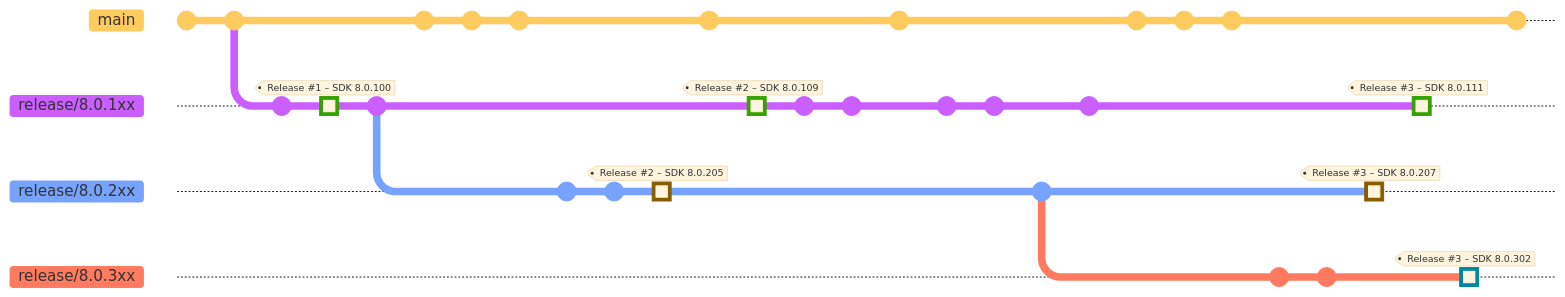
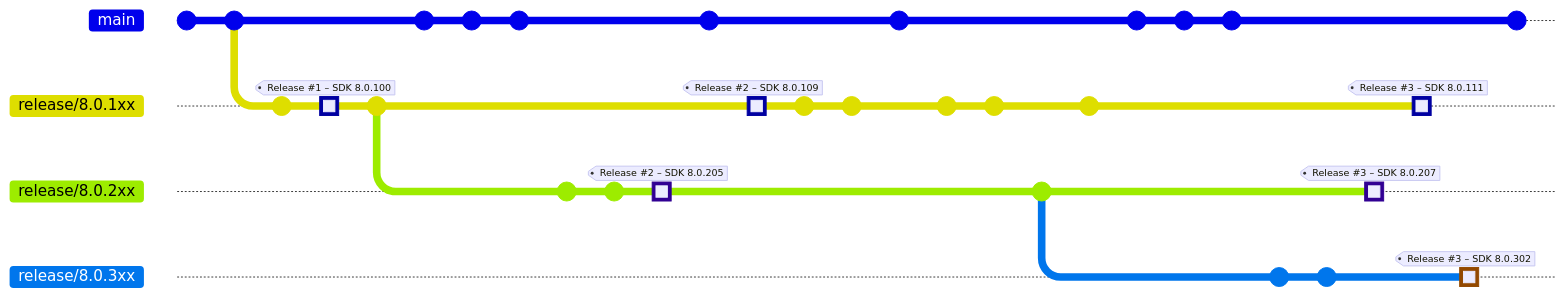
The first of 4 diagrams in Documentation/UnifiedBuild/VMR-Managing-SDK-Bands.md (dotnet/arcade), drawn with Mermaid before and after one commit. The commit also changed other lines of this file, not shown here. Commit ids are hidden.

````diff
--- a/Documentation/UnifiedBuild/VMR-Managing-SDK-Bands.md
+++ b/Documentation/UnifiedBuild/VMR-Managing-SDK-Bands.md
@@ -28,53 +28,53 @@
 ```mermaid
-%%{init: { 'logLevel': 'debug', 'theme': 'base', 'gitGraph': {'showCommitLabel': false, 'tagLabelFontSize': '24px'}} }%%
+%%{init: { 'gitGraph': {'showCommitLabel': false }}}%%
 gitGraph
     commit
     commit
     branch release/8.0.1xx
     checkout release/8.0.1xx
     commit
     commit type: HIGHLIGHT tag: "Release #1 – SDK 8.0.100"
     commit
     checkout main
     commit
     commit
     commit
     checkout release/8.0.1xx
     branch release/8.0.2xx
     checkout release/8.0.2xx
     commit
     commit
     commit type: HIGHLIGHT tag: "Release #2 – SDK 8.0.205"
     checkout main
     commit
     checkout release/8.0.1xx
     commit type: HIGHLIGHT tag: "Release #2 – SDK 8.0.109"
     commit
     commit
     checkout main
     commit
     checkout release/8.0.1xx
     commit
     commit
     checkout release/8.0.2xx
     commit
     checkout release/8.0.1xx
     commit
     checkout main
     commit
     commit
     commit
     checkout release/8.0.2xx
     branch release/8.0.3xx
     checkout release/8.0.3xx
     commit
     commit
     checkout release/8.0.2xx
     commit type: HIGHLIGHT tag: "Release #3 – SDK 8.0.207"
     checkout release/8.0.1xx
     commit type: HIGHLIGHT tag: "Release #3 – SDK 8.0.111"
     checkout release/8.0.3xx
     commit type: HIGHLIGHT tag: "Release #3 – SDK 8.0.302"
     checkout main
     commit
 ```
````
